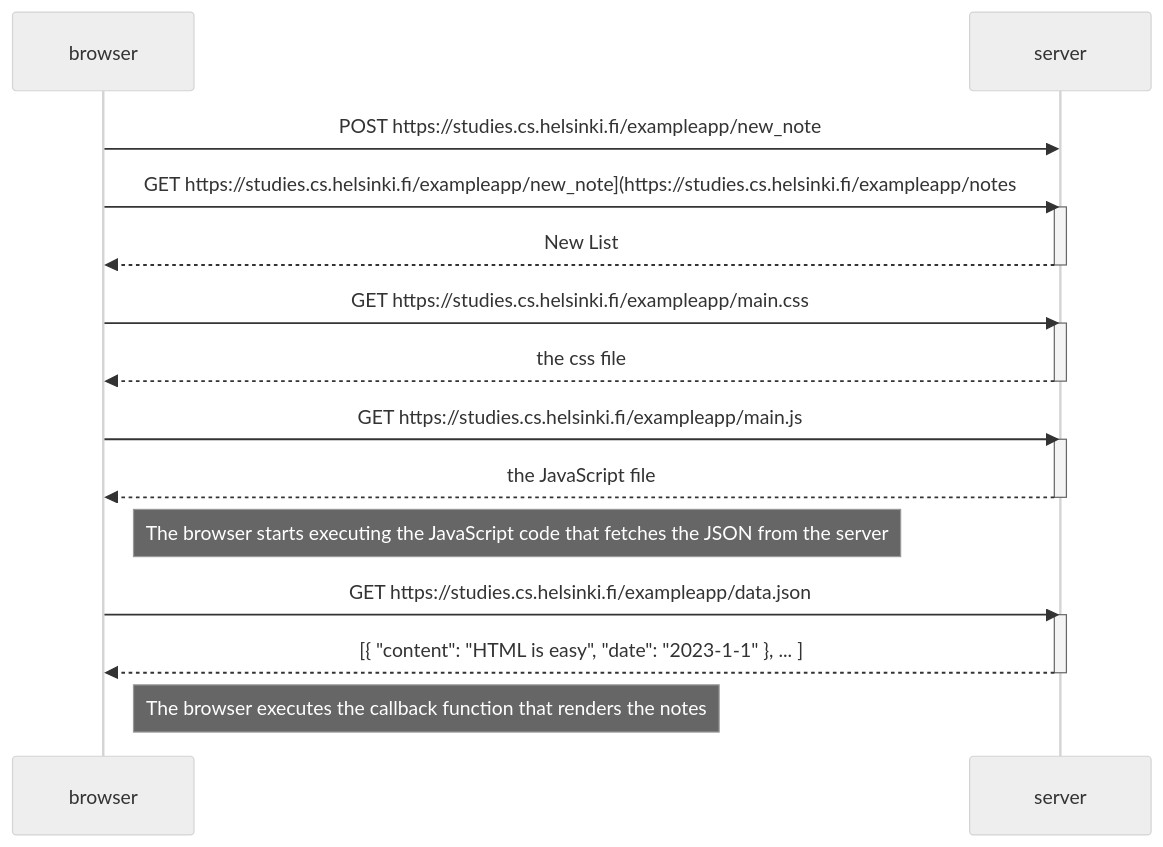
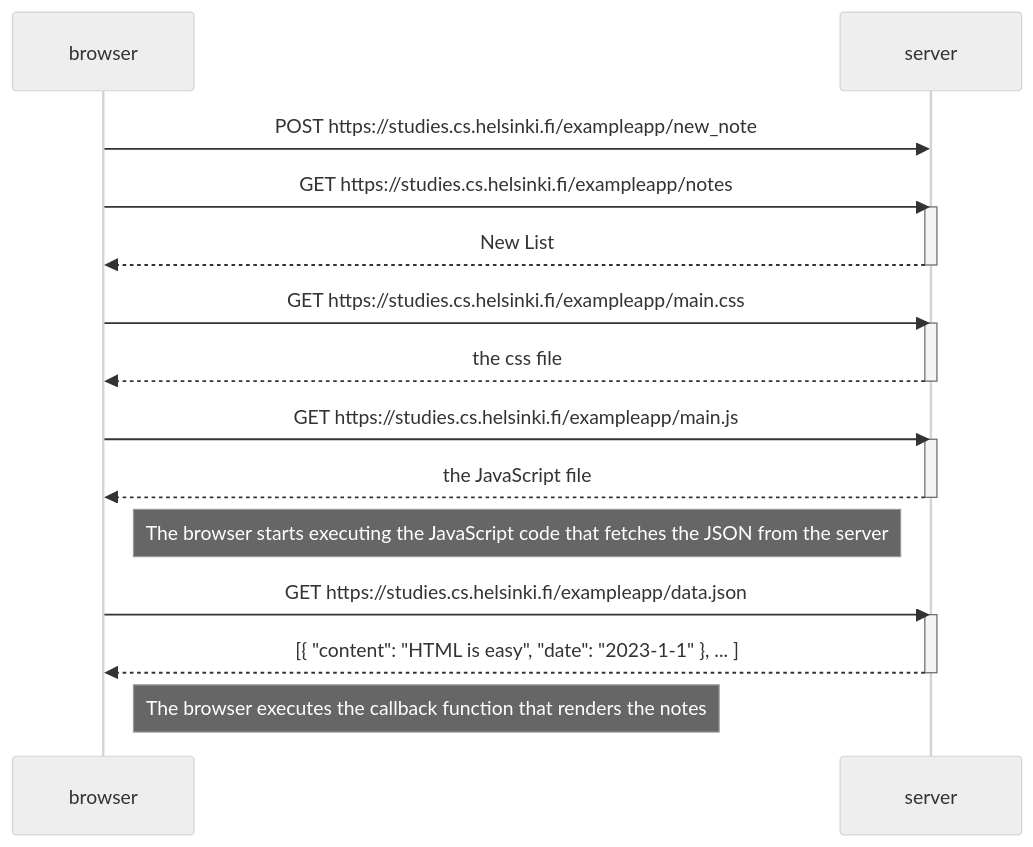
One commit to francoreparaz/Fullstack-HY changed the diagram in README.md. Above: the diagram before and after it, drawn with Mermaid (neutral theme).

````diff
--- a/README.md
+++ b/README.md
@@ -2,30 +2,30 @@
 ```mermaid
 sequenceDiagram
     participant browser
     participant server
     
     browser->>server: POST  https://studies.cs.helsinki.fi/exampleapp/new_note
-    browser->>server: GET  https://studies.cs.helsinki.fi/exampleapp/new_note](https://studies.cs.helsinki.fi/exampleapp/notes
+    browser->>server: GET   https://studies.cs.helsinki.fi/exampleapp/notes
     activate server
     server-->>browser: New List
     deactivate server
     
     browser->>server: GET https://studies.cs.helsinki.fi/exampleapp/main.css
     activate server
     server-->>browser: the css file
     deactivate server
     
     browser->>server: GET https://studies.cs.helsinki.fi/exampleapp/main.js
     activate server
     server-->>browser: the JavaScript file
     deactivate server
     
     Note right of browser: The browser starts executing the JavaScript code that fetches the JSON from the server
     
     browser->>server: GET https://studies.cs.helsinki.fi/exampleapp/data.json
     activate server
     server-->>browser: [{ "content": "HTML is easy", "date": "2023-1-1" }, ... ]
     deactivate server    
 
     Note right of browser: The browser executes the callback function that renders the notes 
 ```
````
